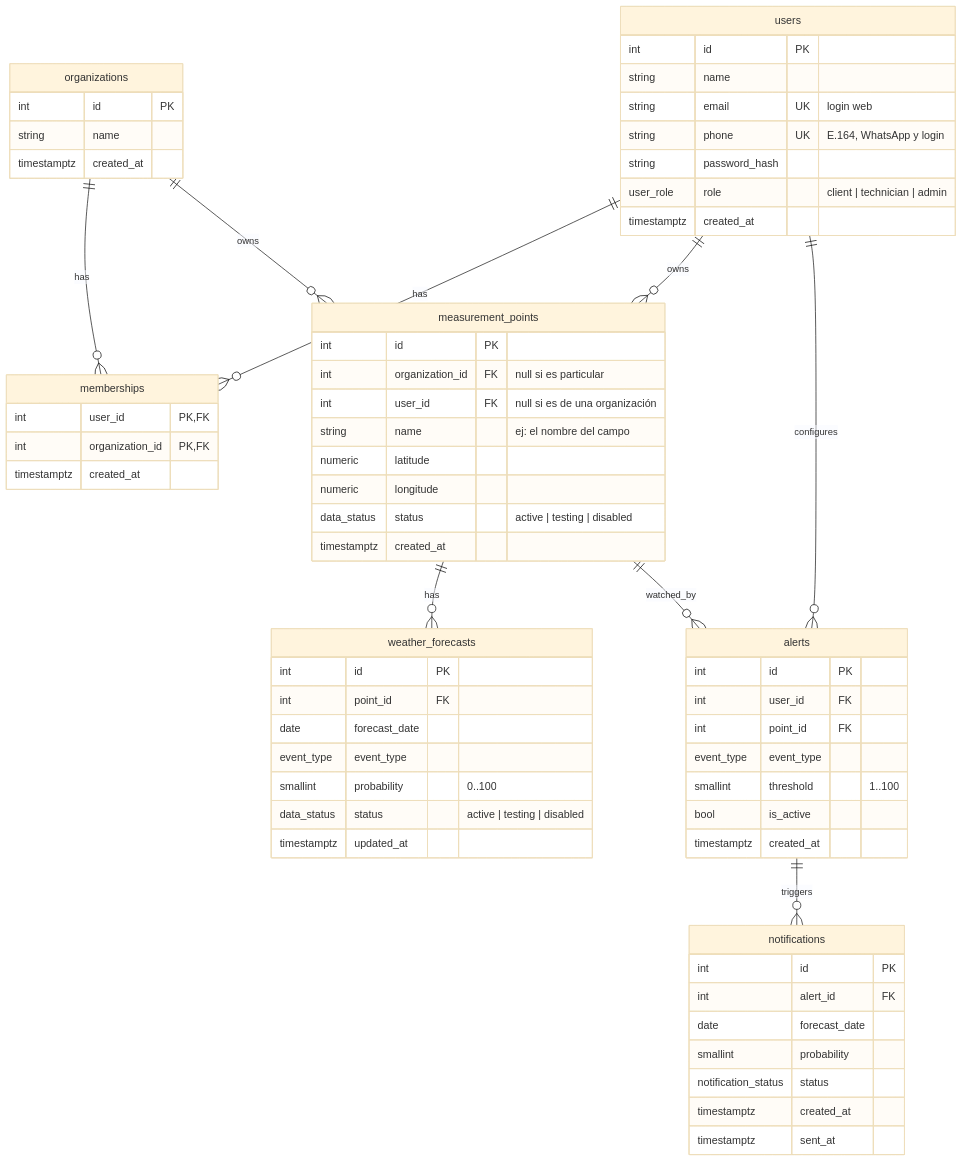
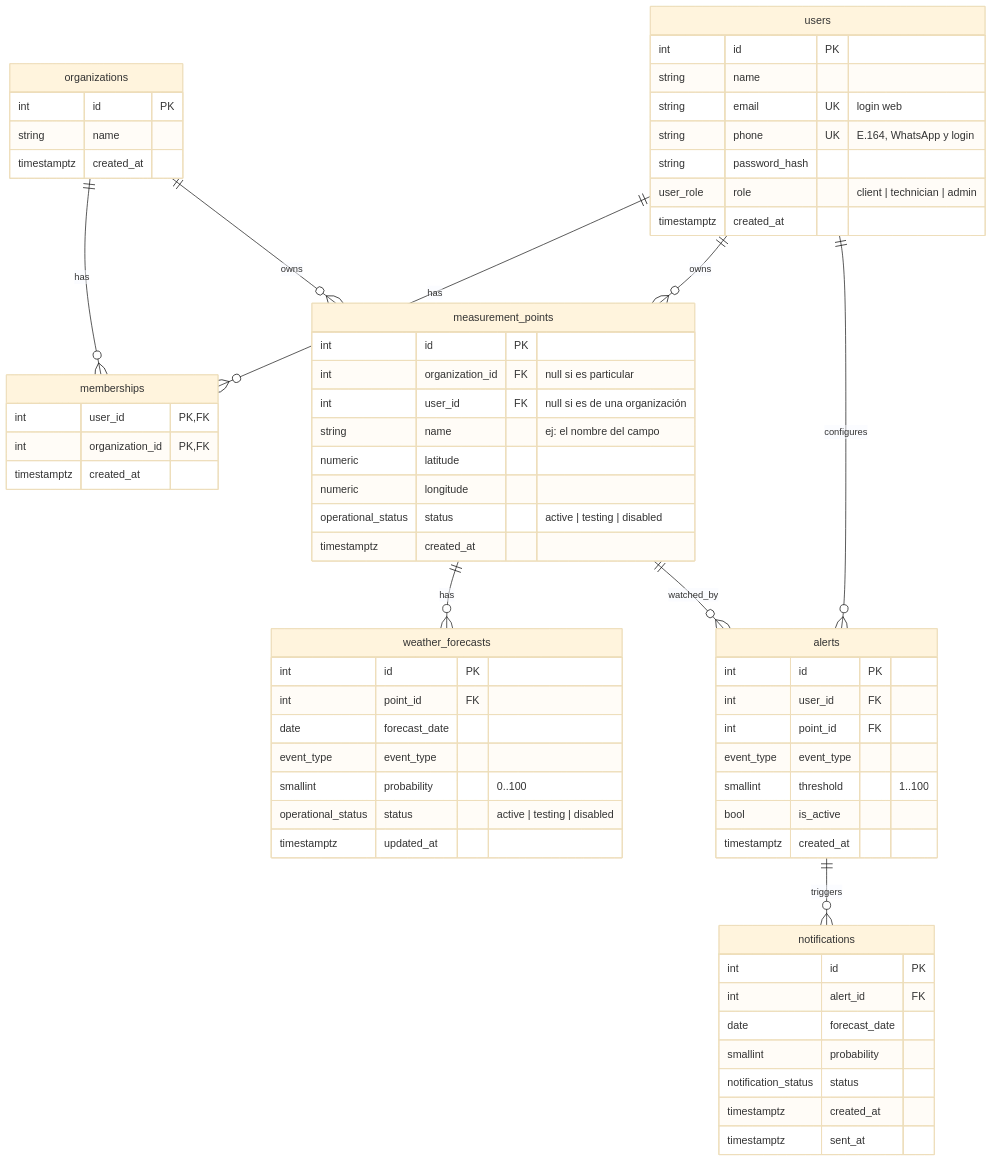
The second of 5 diagrams in docs/plan.md (MolinaFranco/weather-alerts), drawn with Mermaid (base theme) before and after one commit. The commit also changed other lines of this file and 14 other files, not shown here.

First line of the commit message:
refactor: rename DataStatus to OperationalStatus

````diff
--- a/docs/plan.md
+++ b/docs/plan.md
@@ -73,68 +73,68 @@
 ```mermaid
 erDiagram
     users ||--o{ memberships : has
     organizations ||--o{ memberships : has
     organizations ||--o{ measurement_points : owns
     users ||--o{ measurement_points : owns
     measurement_points ||--o{ weather_forecasts : has
     users ||--o{ alerts : configures
     measurement_points ||--o{ alerts : watched_by
     alerts ||--o{ notifications : triggers
 
     users {
         int id PK
         string name
         string email UK "login web"
         string phone UK "E.164, WhatsApp y login"
         string password_hash
         user_role role "client | technician | admin"
         timestamptz created_at
     }
     organizations {
         int id PK
         string name
         timestamptz created_at
     }
     memberships {
         int user_id PK,FK
         int organization_id PK,FK
         timestamptz created_at
     }
     measurement_points {
         int id PK
         int organization_id FK "null si es particular"
         int user_id FK "null si es de una organización"
         string name "ej: el nombre del campo"
         numeric latitude
         numeric longitude
-        data_status status "active | testing | disabled"
+        operational_status status "active | testing | disabled"
         timestamptz created_at
     }
     weather_forecasts {
         int id PK
         int point_id FK
         date forecast_date
         event_type event_type
         smallint probability "0..100"
-        data_status status "active | testing | disabled"
+        operational_status status "active | testing | disabled"
         timestamptz updated_at
     }
     alerts {
         int id PK
         int user_id FK
         int point_id FK
         event_type event_type
         smallint threshold "1..100"
         bool is_active
         timestamptz created_at
     }
     notifications {
         int id PK
         int alert_id FK
         date forecast_date
         smallint probability
         notification_status status
         timestamptz created_at
         timestamptz sent_at
     }
 ```
````
